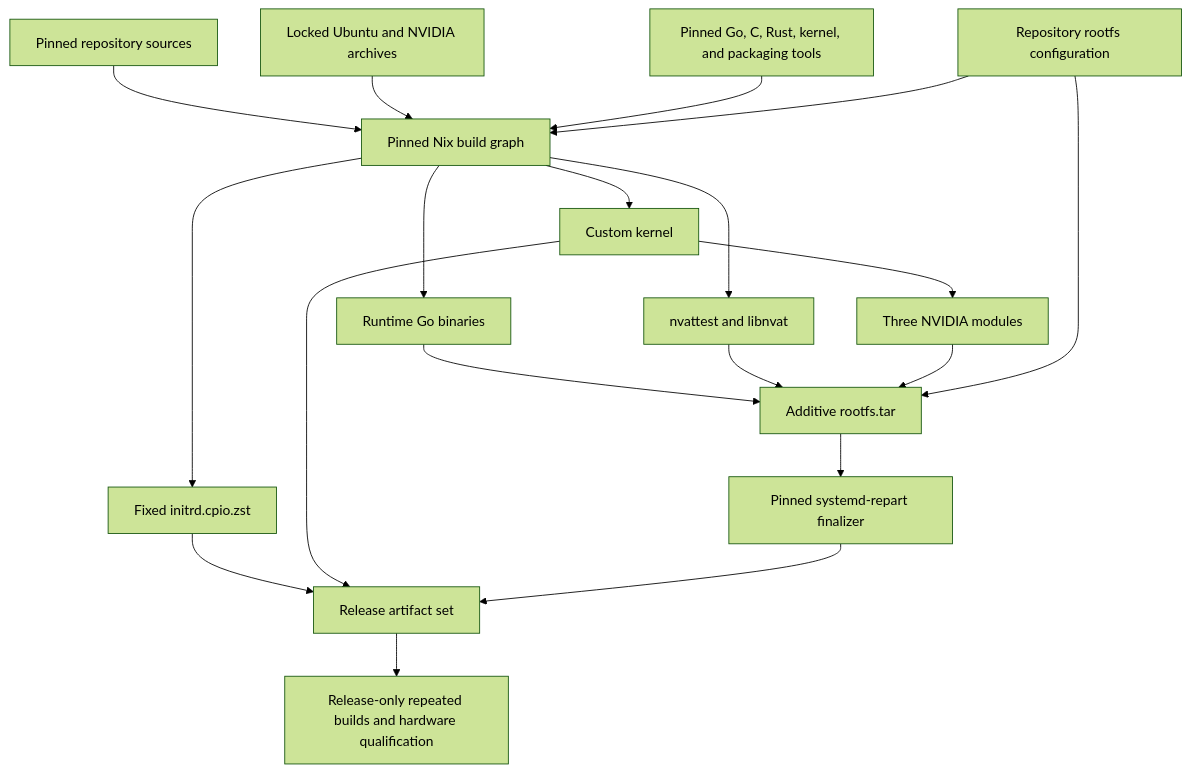
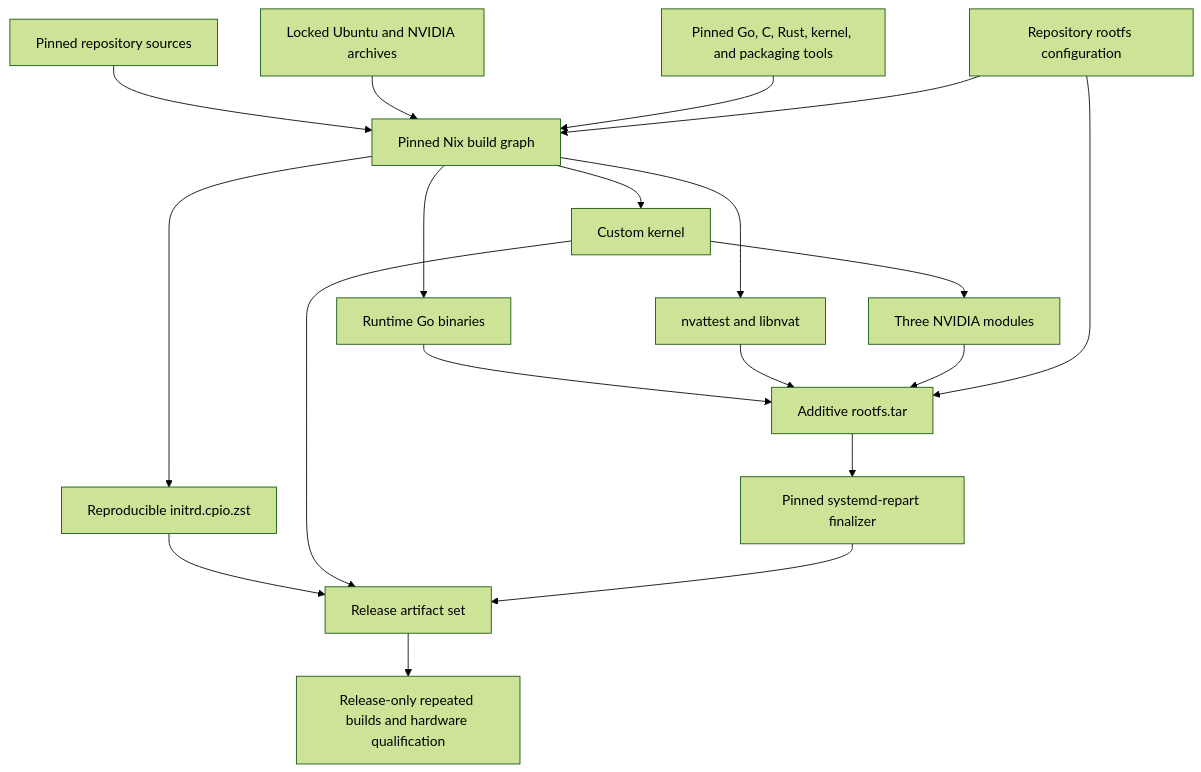
One commit to tinfoilsh/cvmimage changed the diagram in docs/build.md. Above: the diagram before and after it, drawn with Mermaid (forest theme). The commit also changed other lines of this file and 6 other files, not shown here.

Commit message:
Build the initrd with pinned GNU cpio

````diff
--- a/docs/build.md
+++ b/docs/build.md
@@ -14,25 +14,25 @@
 ```mermaid
 flowchart TD
     S["Pinned repository sources"] --> N["Pinned Nix build graph"]
     U["Locked Ubuntu and NVIDIA archives"] --> N
     T["Pinned Go, C, Rust, kernel, and packaging tools"] --> N
     C["Repository rootfs configuration"] --> N
 
     N --> G["Runtime Go binaries"]
     N --> A["nvattest and libnvat"]
     N --> K["Custom kernel"]
     K --> V["Three NVIDIA modules"]
-    N --> I["Fixed initrd.cpio.zst"]
+    N --> I["Reproducible initrd.cpio.zst"]
 
     G --> R["Additive rootfs.tar"]
     A --> R
     V --> R
     C --> R
 
     R --> M["Pinned systemd-repart finalizer"]
     I --> X["Release artifact set"]
     K --> X
     M --> X
 
     X --> Q["Release-only repeated builds and hardware qualification"]
 ```
````
